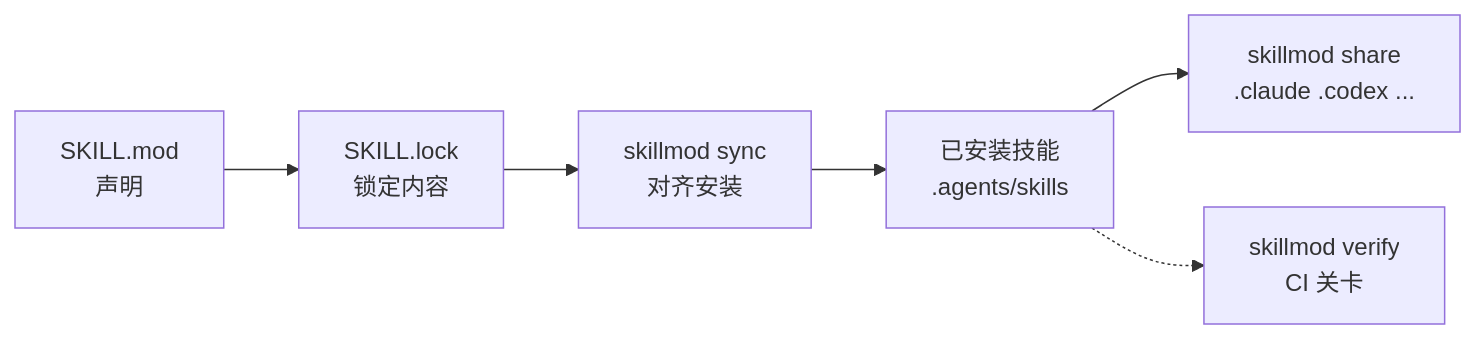
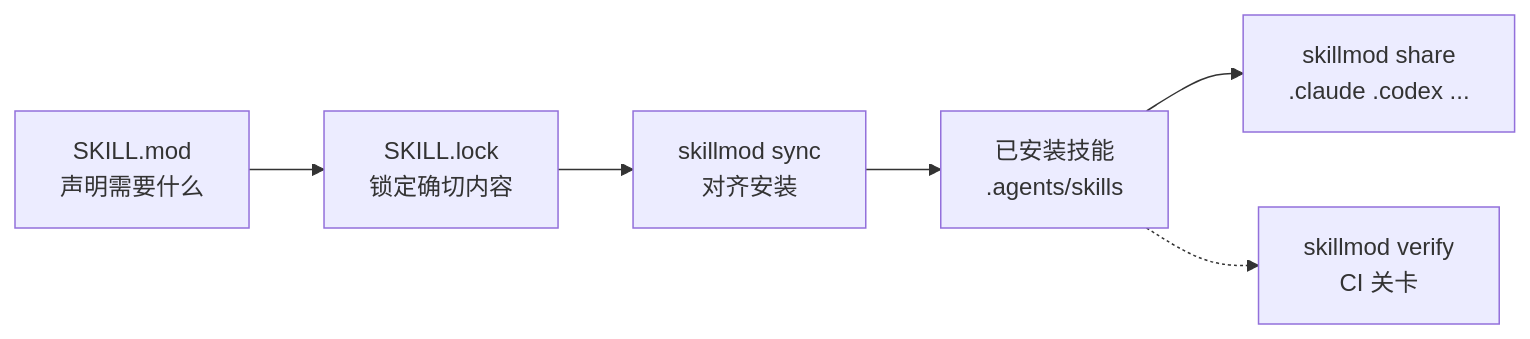
The diagram in README_CN.md (huija/skillmod), drawn with Mermaid before and after one commit. The commit also changed other lines of this file and 40 other files, not shown here.

````diff
--- a/README_CN.md
+++ b/README_CN.md
@@ -12,8 +12,8 @@
 ```mermaid
 flowchart LR
-    mod["SKILL.mod<br/>声明"] --> lock["SKILL.lock<br/>锁定内容"]
+    mod["SKILL.mod<br/>声明需要什么"] --> lock["SKILL.lock<br/>锁定确切内容"]
     lock --> sync["skillmod sync<br/>对齐安装"]
     sync --> inst["已安装技能<br/>.agents/skills"]
     inst --> share["skillmod share<br/>.claude .codex ..."]
     inst -.-> verify["skillmod verify<br/>CI 关卡"]
 ```
````
